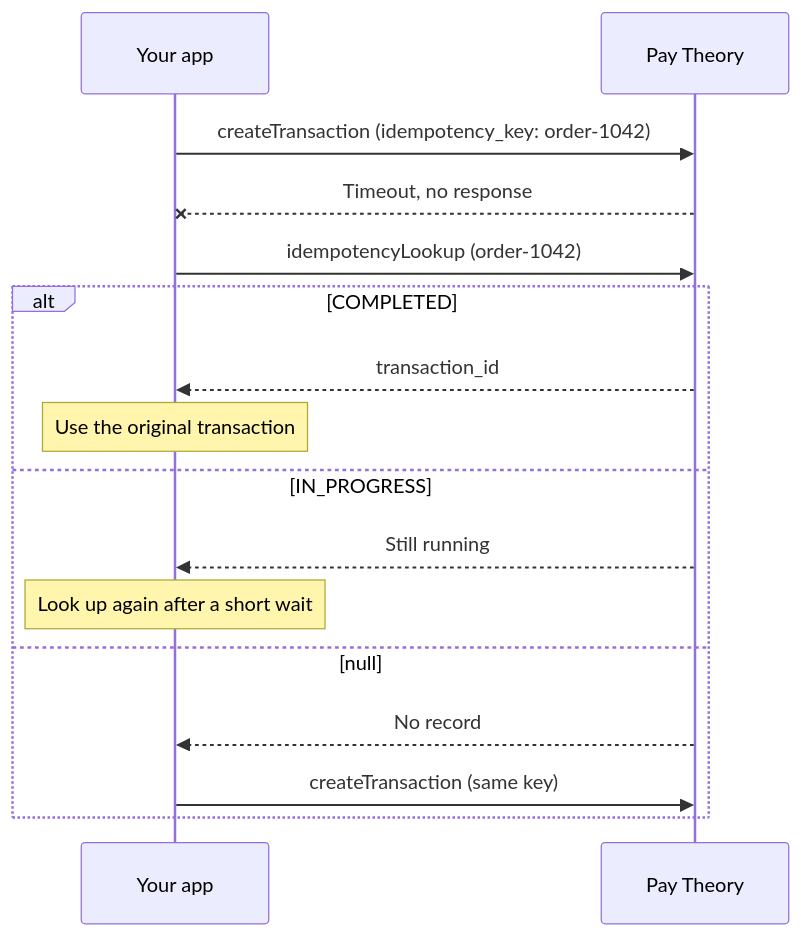
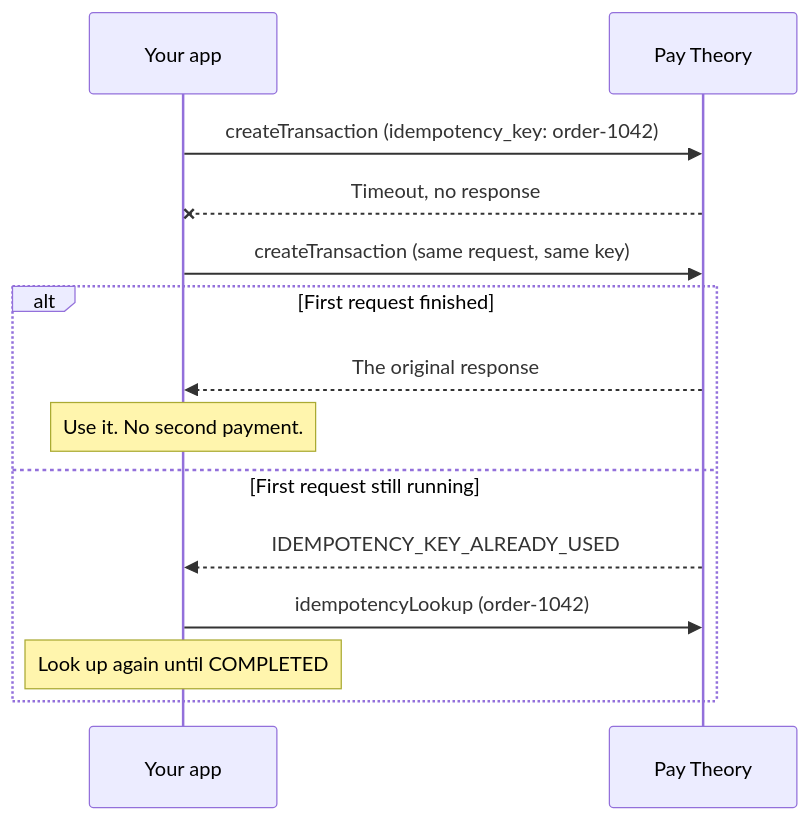
Before and after one commit to pay-theory/pay-theory-documentation: the diagram in versioned_docs/version-lab/main/online_payments/idempotency.mdx, drawn with Mermaid. The commit also changed other lines of this file and 11 other files, not shown here.

First line of the commit message:
📝 docs(online-payments): describe idempotency response replay

````diff
--- a/versioned_docs/version-lab/main/online_payments/idempotency.mdx
+++ b/versioned_docs/version-lab/main/online_payments/idempotency.mdx
@@ -192,18 +183,16 @@
 ```mermaid
 sequenceDiagram
     participant App as Your app
     participant PT as Pay Theory
     App->>PT: createTransaction (idempotency_key: order-1042)
     PT--xApp: Timeout, no response
-    App->>PT: idempotencyLookup (order-1042)
-    alt COMPLETED
-        PT-->>App: transaction_id
-        Note over App: Use the original transaction
-    else IN_PROGRESS
-        PT-->>App: Still running
-        Note over App: Look up again after a short wait
-    else null
-        PT-->>App: No record
-        App->>PT: createTransaction (same key)
+    App->>PT: createTransaction (same request, same key)
+    alt First request finished
+        PT-->>App: The original response
+        Note over App: Use it. No second payment.
+    else First request still running
+        PT-->>App: IDEMPOTENCY_KEY_ALREADY_USED
+        App->>PT: idempotencyLookup (order-1042)
+        Note over App: Look up again until COMPLETED
     end
 ```
````
